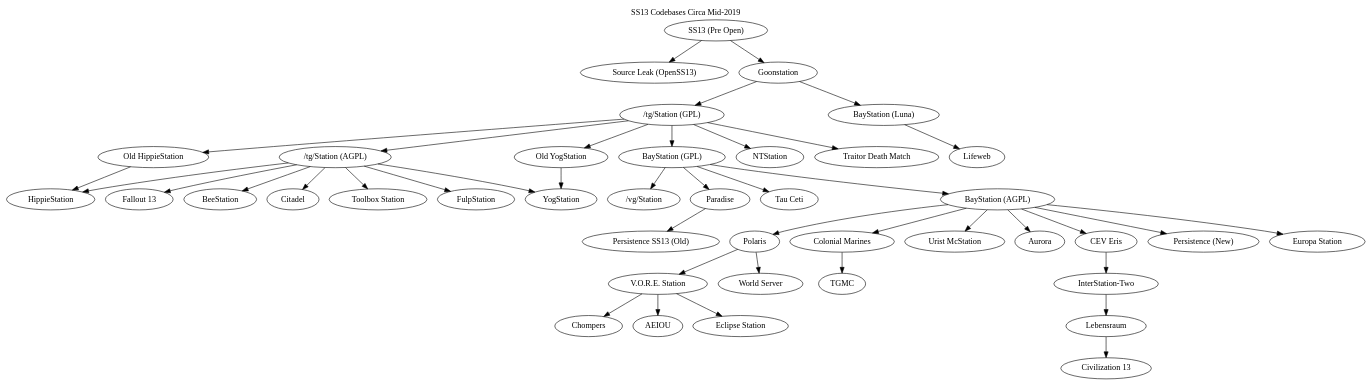
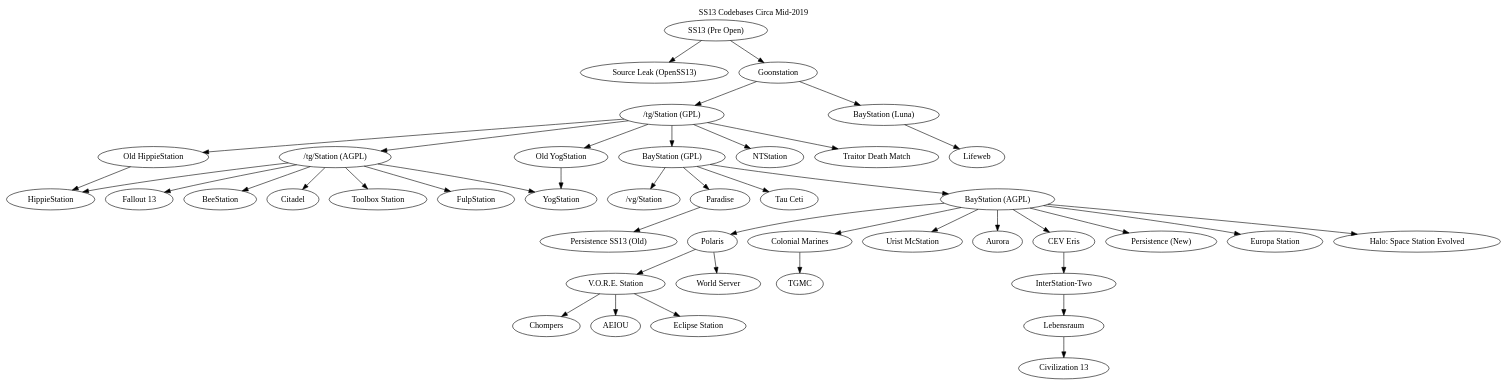
One commit to spacestation13/SS13-Codebases changed the diagram in tree.dot. Above: the diagram before and after it, drawn with Graphviz. The commit also changed 1 other file, not shown here.

```diff
--- a/tree.dot
+++ b/tree.dot
@@ -1,45 +1,46 @@
 digraph  G {
 	label = "SS13 Codebases Circa Mid-2019"
 	labelloc="t"
 	"SS13 (Pre Open)" -> "Source Leak (OpenSS13)"
 	"SS13 (Pre Open)" -> "Goonstation"
 	"Goonstation" -> "/tg/Station (GPL)"
 	"Goonstation" -> "BayStation (Luna)"
 	"BayStation (Luna)" -> "Lifeweb" 
 	"/tg/Station (GPL)" -> "/tg/Station (AGPL)"
 	"/tg/Station (GPL)" -> "BayStation (GPL)" 
 	"/tg/Station (GPL)" -> "Old HippieStation"
 	"/tg/Station (GPL)" -> "Old YogStation"
 	"/tg/Station (GPL)" -> "NTStation"
 	"/tg/Station (GPL)" -> "Traitor Death Match"
 	"Old YogStation" -> "YogStation"
 	"Old HippieStation" -> "HippieStation"
 	"/tg/Station (AGPL)" -> "YogStation"
 	"/tg/Station (AGPL)" -> "Fallout 13"
 	"/tg/Station (AGPL)" -> "BeeStation"
 	"/tg/Station (AGPL)" -> "HippieStation"
 	"/tg/Station (AGPL)" -> "Citadel"
 	"/tg/Station (AGPL)" -> "Toolbox Station"
 	"/tg/Station (AGPL)" -> "FulpStation"
 	"BayStation (GPL)" -> "/vg/Station"
 	"BayStation (GPL)" -> "Paradise"
 	"BayStation (GPL)" -> "Tau Ceti"
 	"BayStation (GPL)" -> "BayStation (AGPL)"
 	"Paradise" -> "Persistence SS13 (Old)"
 	"BayStation (AGPL)" -> "Polaris"
 	"BayStation (AGPL)" -> "Colonial Marines"
 	"BayStation (AGPL)" -> "Urist McStation"
 	"BayStation (AGPL)" -> "Aurora"
 	"BayStation (AGPL)" -> "CEV Eris"
 	"BayStation (AGPL)" -> "Persistence (New)"
 	"BayStation (AGPL)" -> "Europa Station"
+	"BayStation (AGPL)" -> "Halo: Space Station Evolved"
 	"CEV Eris" -> "InterStation-Two"
 	"InterStation-Two" -> "Lebensraum"
 	"Lebensraum" -> "Civilization 13"
 	"Colonial Marines" -> "TGMC"
 	"Polaris" -> "V.O.R.E. Station"
 	"Polaris" -> "World Server"
 	"V.O.R.E. Station" -> "Chompers"
 	"V.O.R.E. Station" -> "AEIOU"
 	"V.O.R.E. Station" -> "Eclipse Station" 
 }
```
